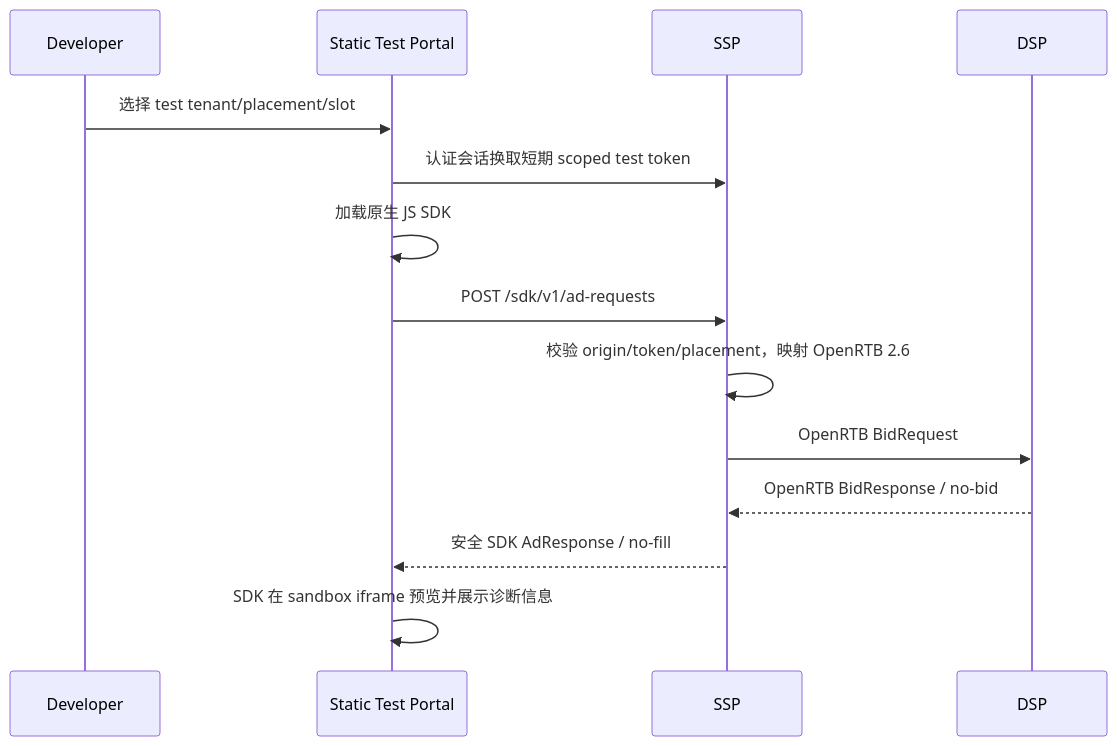
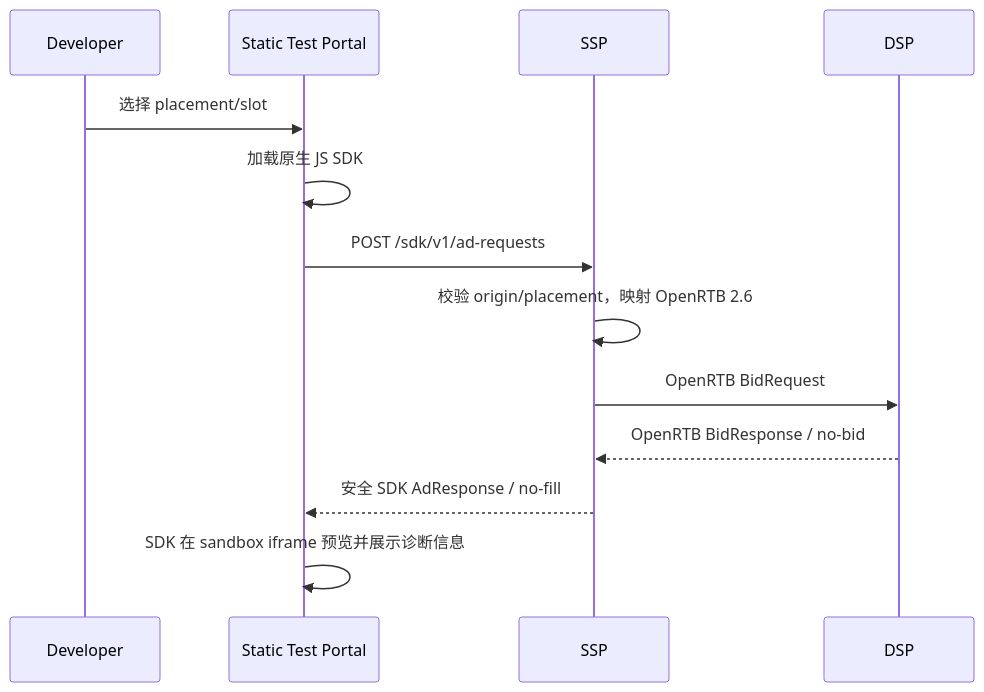
One commit to songfei1983/open-ads changed the second of 4 diagrams in docs/design/HLD.md. Above: the diagram before and after it, drawn with Mermaid. The commit also changed other lines of this file and 3 other files, not shown here.

````diff
--- a/docs/design/HLD.md
+++ b/docs/design/HLD.md
@@ -59,16 +59,15 @@
 ```mermaid
 sequenceDiagram
   participant U as Developer
   participant Portal as Static Test Portal
   participant SSP as SSP
   participant DSP as DSP
-  U->>Portal: 选择 test tenant/placement/slot
-  Portal->>SSP: 认证会话换取短期 scoped test token
+  U->>Portal: 选择 placement/slot
   Portal->>Portal: 加载原生 JS SDK
   Portal->>SSP: POST /sdk/v1/ad-requests
-  SSP->>SSP: 校验 origin/token/placement，映射 OpenRTB 2.6
+  SSP->>SSP: 校验 origin/placement，映射 OpenRTB 2.6
   SSP->>DSP: OpenRTB BidRequest
   DSP-->>SSP: OpenRTB BidResponse / no-bid
   SSP-->>Portal: 安全 SDK AdResponse / no-fill
   Portal->>Portal: SDK 在 sandbox iframe 预览并展示诊断信息
 ```
````
